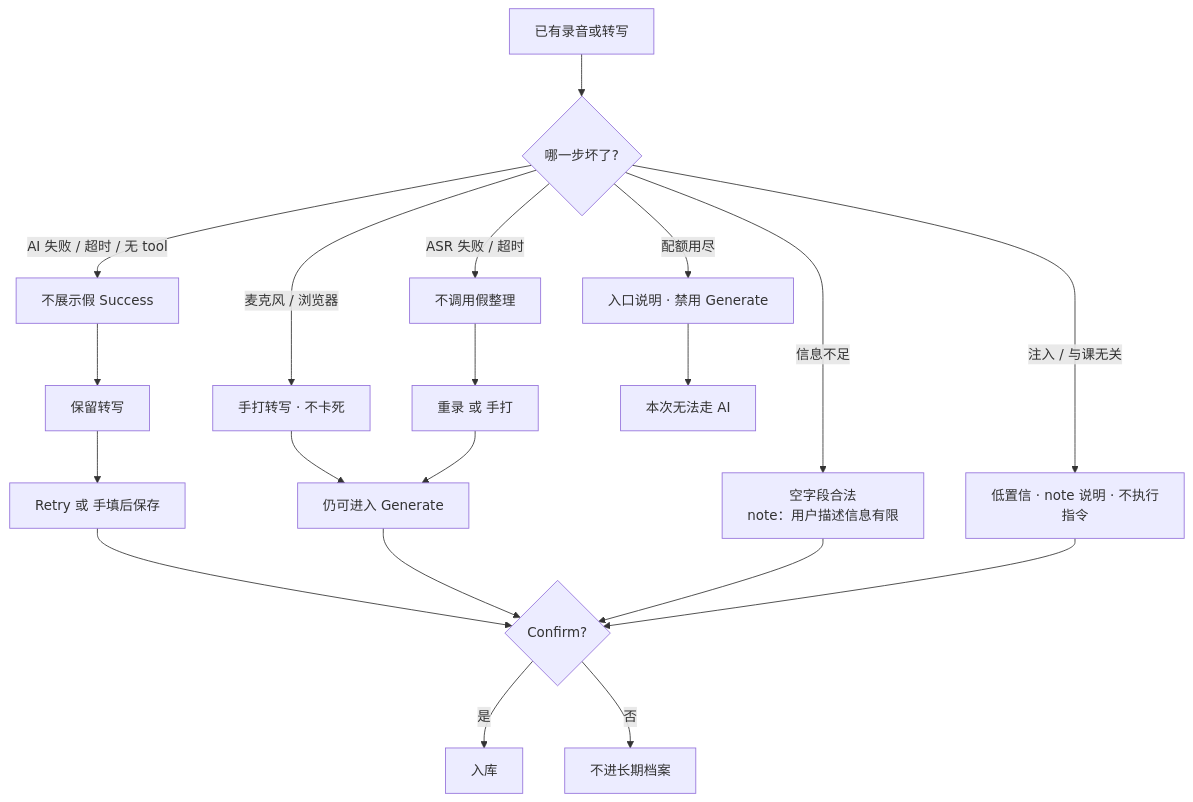
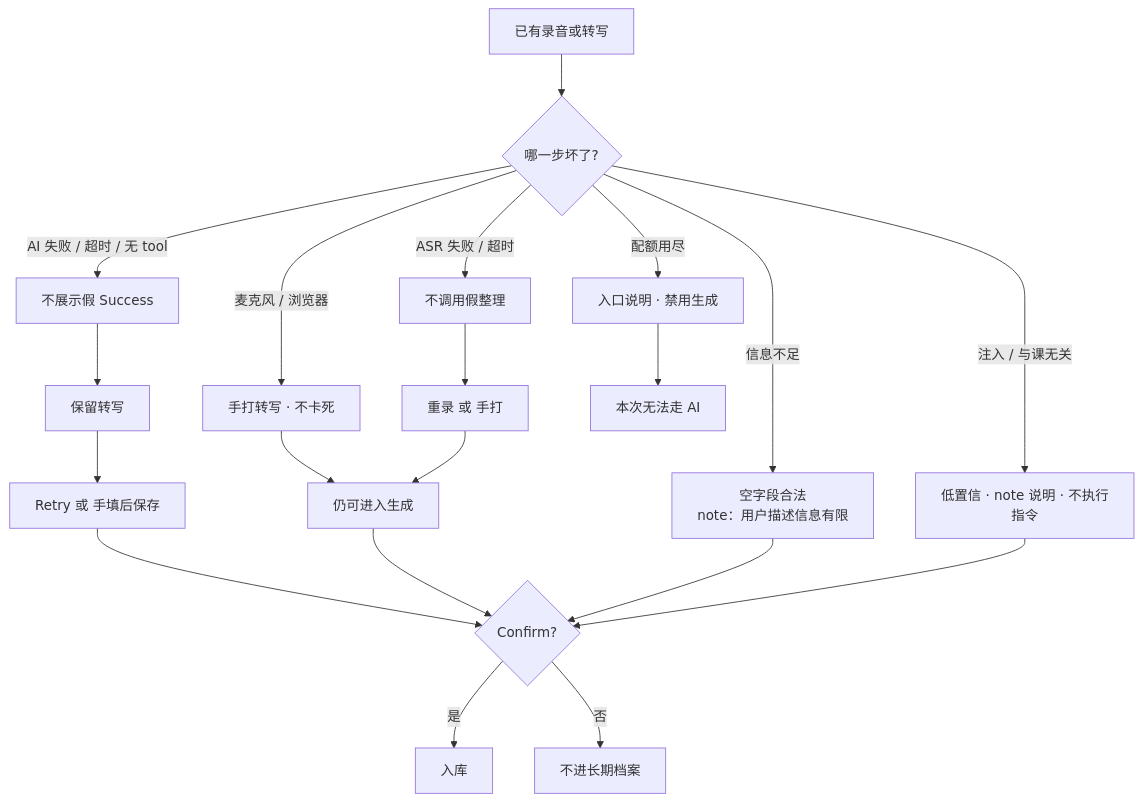
One commit to zuoyingchang/balletmind-app changed the third of 6 diagrams in docs/pm_docs/2.0_User_Flow.md. Above: the diagram before and after it, drawn with Mermaid. The commit also changed other lines of this file and 61 other files, not shown here.

````diff
--- a/docs/pm_docs/2.0_User_Flow.md
+++ b/docs/pm_docs/2.0_User_Flow.md
@@ -77,24 +85,24 @@
 ```mermaid
 flowchart TD
   IN[已有录音或转写] --> A{哪一步坏了?}
 
   A -->|麦克风 / 浏览器| B[手打转写 · 不卡死]
   A -->|ASR 失败 / 超时| C[不调用假整理]
   C --> D[重录 或 手打]
   A -->|AI 失败 / 超时 / 无 tool| E[不展示假 Success]
   E --> F[保留转写]
   F --> G[Retry 或 手填后保存]
-  A -->|配额用尽| H[入口说明 · 禁用 Generate]
+  A -->|配额用尽| H[入口说明 · 禁用生成]
   A -->|信息不足| I[空字段合法<br/>note：用户描述信息有限]
   A -->|注入 / 与课无关| J[低置信 · note 说明 · 不执行指令]
 
-  B --> K[仍可进入 Generate]
+  B --> K[仍可进入生成]
   D --> K
   G --> L{Confirm?}
   K --> L
   H --> M[本次无法走 AI]
   I --> L
   J --> L
   L -->|是| N[入库]
   L -->|否| O[不进长期档案]
 ```
````
